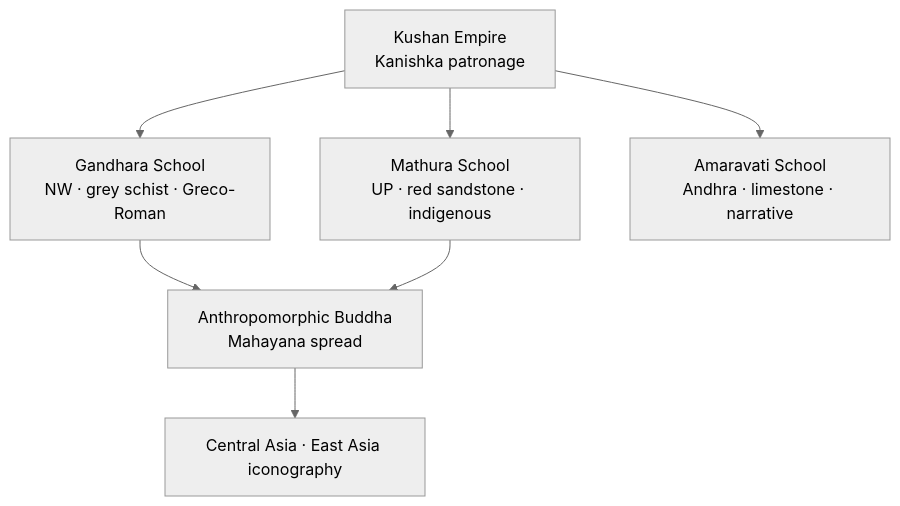
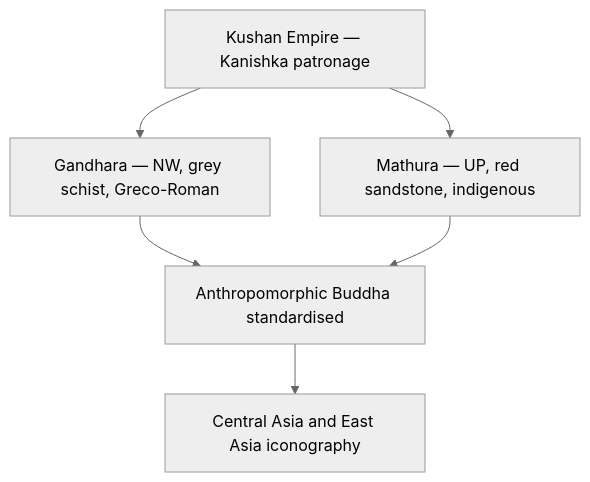
The diagram in mains-pyqs/GS-1/01_Art_Culture/15_Kushan_Gandhara_Mathura_Art.md (nitishpratap/UP-PCS), drawn with Mermaid (neutral theme) before and after one commit. The commit also changed other lines of this file and 97 other files, not shown here.

````diff
--- a/mains-pyqs/GS-1/01_Art_Culture/15_Kushan_Gandhara_Mathura_Art.md
+++ b/mains-pyqs/GS-1/01_Art_Culture/15_Kushan_Gandhara_Mathura_Art.md
@@ -78,10 +77,9 @@
 ```mermaid
 flowchart TB
-  K[Kushan Empire<br/>Kanishka patronage]
-  K --> G[Gandhara School<br/>NW · grey schist · Greco-Roman]
-  K --> M[Mathura School<br/>UP · red sandstone · indigenous]
-  K --> A[Amaravati School<br/>Andhra · limestone · narrative]
-  G --> B[Anthropomorphic Buddha<br/>Mahayana spread]
+  K[Kushan Empire — Kanishka patronage]
+  K --> G[Gandhara — NW, grey schist, Greco-Roman]
+  K --> M[Mathura — UP, red sandstone, indigenous]
+  G --> B[Anthropomorphic Buddha standardised]
   M --> B
-  B --> CA[Central Asia · East Asia iconography]
+  B --> CA[Central Asia and East Asia iconography]
 ```
````
